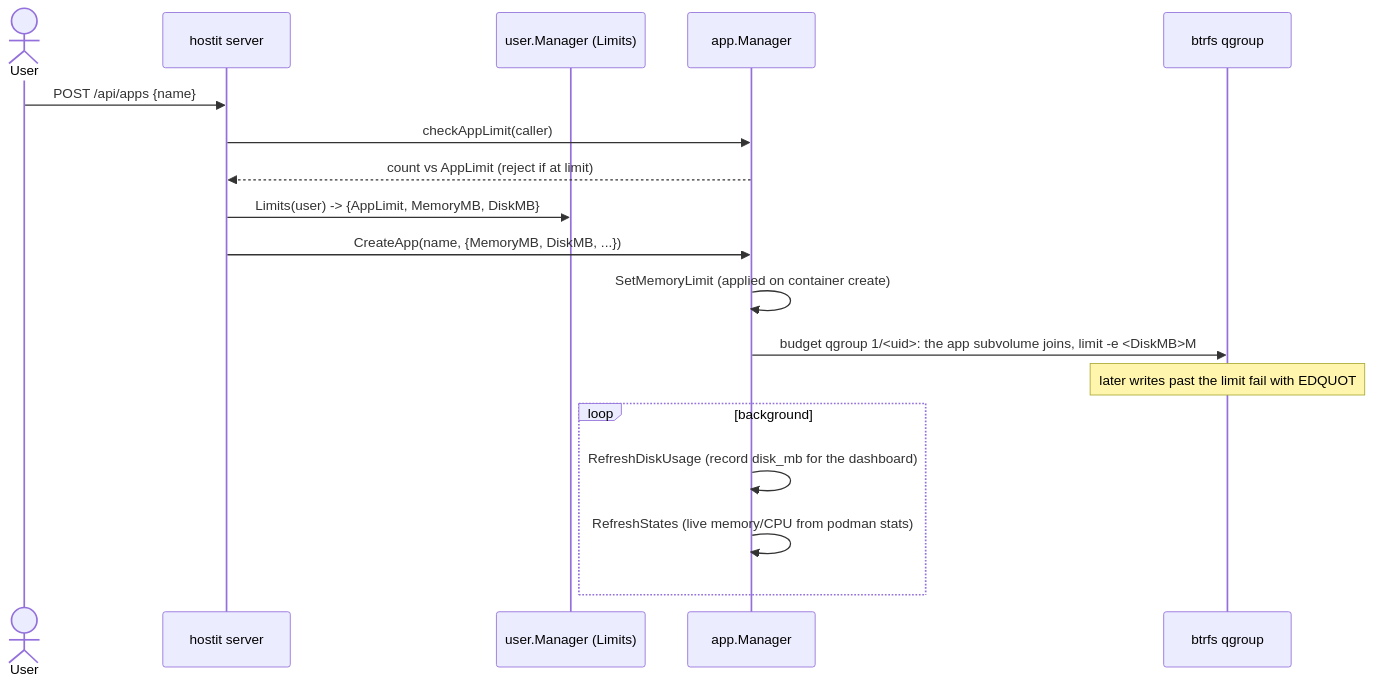
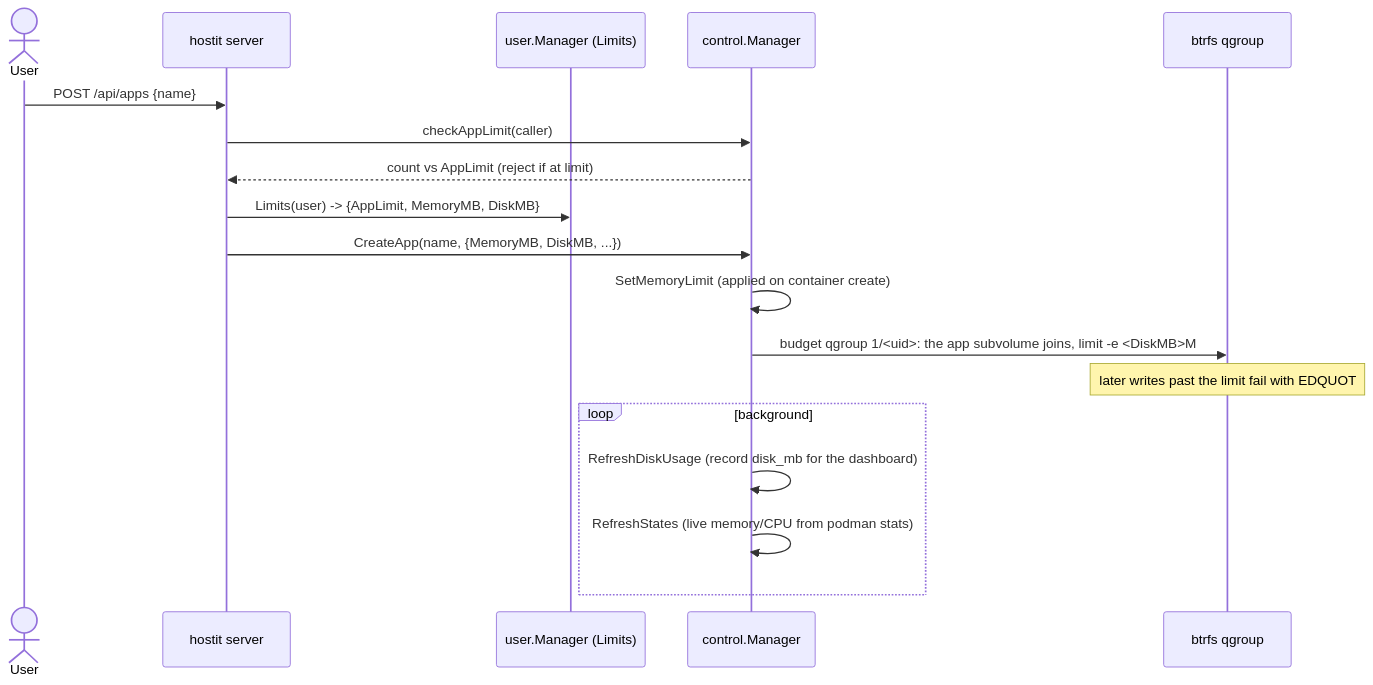
One commit to binwiederhier/hostit changed the diagram in docs/features/quotas-limits.md. Above: the diagram before and after it, drawn with Mermaid. The commit also changed other lines of this file and 32 other files, not shown here.

First line of the commit message:
docs: catch the documentation up with the shipped split architecture

````diff
--- a/docs/features/quotas-limits.md
+++ b/docs/features/quotas-limits.md
@@ -48,20 +48,20 @@
 ```mermaid
 sequenceDiagram
     actor User
     participant API as hostit server
     participant UM as user.Manager (Limits)
-    participant AM as app.Manager
+    participant AM as control.Manager
     participant Btrfs as btrfs qgroup
     User->>API: POST /api/apps {name}
     API->>AM: checkAppLimit(caller)
     AM-->>API: count vs AppLimit (reject if at limit)
     API->>UM: Limits(user) -> {AppLimit, MemoryMB, DiskMB}
     API->>AM: CreateApp(name, {MemoryMB, DiskMB, ...})
     AM->>AM: SetMemoryLimit (applied on container create)
     AM->>Btrfs: budget qgroup 1/<uid>: the app subvolume joins, limit -e <DiskMB>M
     Note over Btrfs: later writes past the limit fail with EDQUOT
     loop background
         AM->>AM: RefreshDiskUsage (record disk_mb for the dashboard)
         AM->>AM: RefreshStates (live memory/CPU from podman stats)
     end
 ```
````
